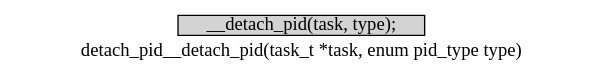
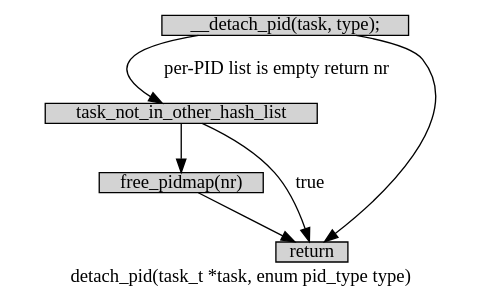
One commit to BGCX261/zone-source-git changed the diagram in ulk3_detach_pid.dot. Above: the diagram before and after it, drawn with Graphviz. The commit also changed 72 other files, not shown here.

```diff
--- a/ulk3_detach_pid.dot
+++ b/ulk3_detach_pid.dot
@@ -1,9 +1,18 @@
-digraph detach_pid__detach_pid{
-        label="detach_pid__detach_pid(task_t *task, enum pid_type type)";
+digraph detach_pid{
+        label="detach_pid(task_t *task, enum pid_type type)";
         ratio=filled;
         
 		node[style=filled, shape = box, margin="0.05,0.005",height="0.1",width="0.1"];
 
-		pid_list_not_null[label="__detach_pid(task, type);"];
-		
+		__detach_pid[label="__detach_pid(task, type);"];
+		// per_PID_list_null;
+		task_not_in_other_hash_list[label="task_not_in_other_hash_list"];
+		free_pidmap[label="free_pidmap(nr)"];
+		return;
+
+		__detach_pid -> task_not_in_other_hash_list[label="per-PID list is empty return nr"];
+		__detach_pid -> return;
+		task_not_in_other_hash_list -> return[label="true"];
+		task_not_in_other_hash_list -> free_pidmap;
+		free_pidmap -> return;
 		}
```
